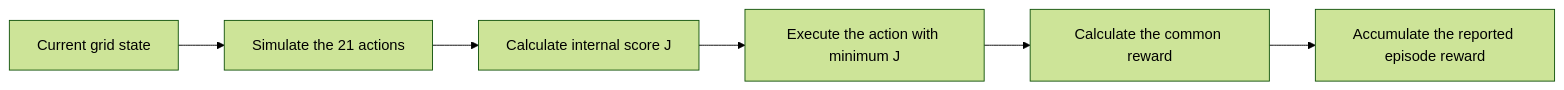
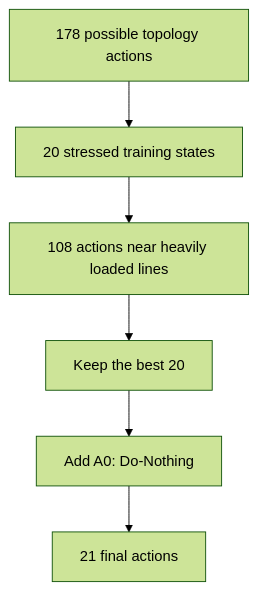
One commit to Nuage1992/drl-power-grid changed the diagram in index.qmd. Above: the diagram before and after it, drawn with Mermaid (forest theme). The commit also changed other lines of this file and 9 other files, not shown here.

````diff
--- a/index.qmd
+++ b/index.qmd
@@ -371,8 +266,8 @@
 ```{mermaid}
-flowchart LR
-    A[Current grid state] --> B[Simulate the 21 actions]
-    B --> C[Calculate internal score J]
-    C --> D[Execute the action with minimum J]
-    D --> E[Calculate the common reward]
-    E --> F[Accumulate the reported episode reward]
+flowchart TB
+    A[178 possible topology actions] --> B[20 stressed training states]
+    B --> C[108 actions near heavily loaded lines]
+    C --> D[Keep the best 20]
+    D --> E[Add A0: Do-Nothing]
+    E --> F[21 final actions]
 ```
````
